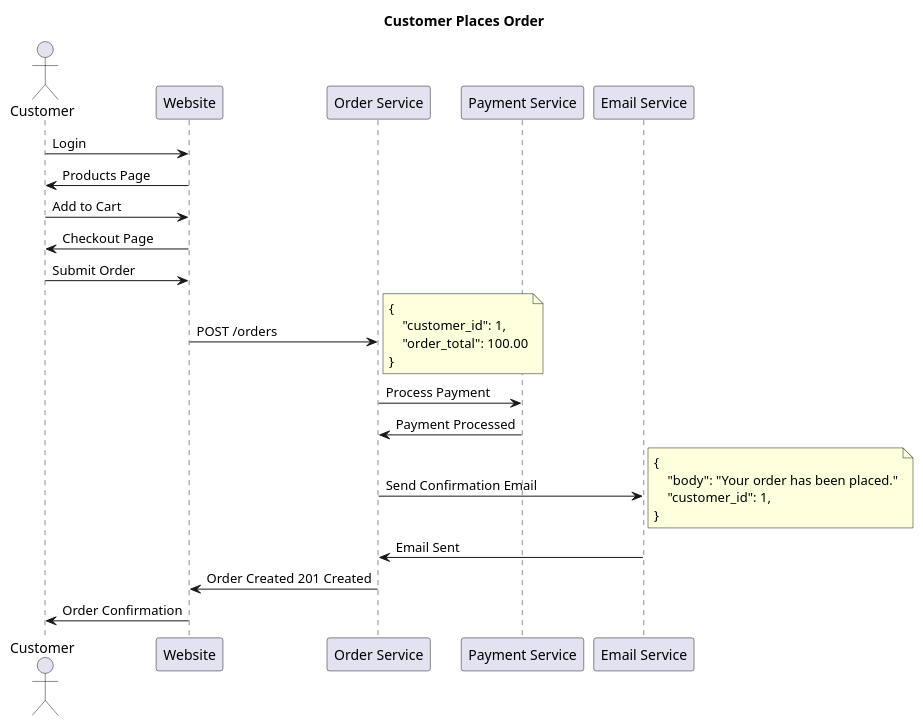
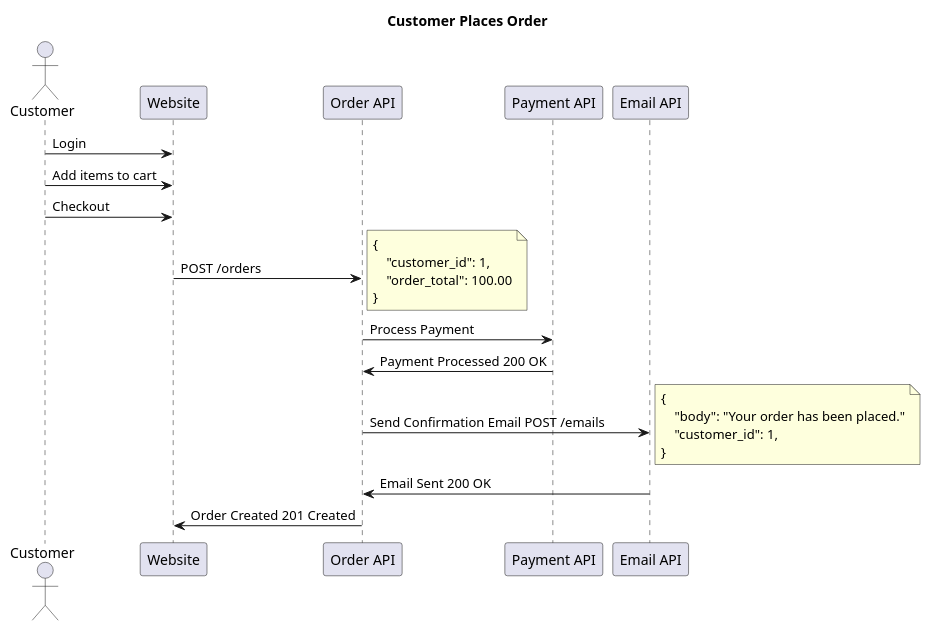
One commit to jjoneson/workforce-demo-scratch changed the diagram in architecture/sequence-diagrams/Customer Places Order.md. Above: the diagram before and after it, drawn with PlantUML.

Commit message:
Updated by Workflow

````diff
--- a/architecture/sequence-diagrams/Customer Places Order.md
+++ b/architecture/sequence-diagrams/Customer Places Order.md
@@ -2,36 +2,33 @@
 ```plantuml
 @startuml Customer Places Order
 title Customer Places Order
 actor Customer
 participant Website
-participant OrderService as "Order Service"
-participant PaymentService as "Payment Service"
-participant EmailService as "Email Service"
+participant OrderAPI as "Order API"
+participant PaymentAPI as "Payment API"
+participant EmailAPI as "Email API"
 
-Customer -> Website: Login
-Website -> Customer: Products Page
-Customer -> Website: Add to Cart
-Website -> Customer: Checkout Page
-Customer -> Website: Submit Order
-Website -> OrderService: POST /orders 
+Customer -> Website: Login 
+Customer -> Website: Add items to cart
+Customer -> Website: Checkout
+Website -> OrderAPI: POST /orders
 note right
 {
     "customer_id": 1,
     "order_total": 100.00
 }
 end note
-OrderService -> PaymentService: Process Payment
-PaymentService -> OrderService: Payment Processed
-OrderService -> EmailService: Send Confirmation Email
+OrderAPI -> PaymentAPI: Process Payment
+PaymentAPI -> OrderAPI: Payment Processed 200 OK
+OrderAPI -> EmailAPI: Send Confirmation Email POST /emails
 note right
 {
     "body": "Your order has been placed."
     "customer_id": 1,
 }
 end note
-EmailService -> OrderService: Email Sent
-OrderService -> Website: Order Created 201 Created
-Website -> Customer: Order Confirmation
+EmailAPI -> OrderAPI: Email Sent 200 OK
+OrderAPI -> Website: Order Created 201 Created
 
 @enduml
 ```
````
